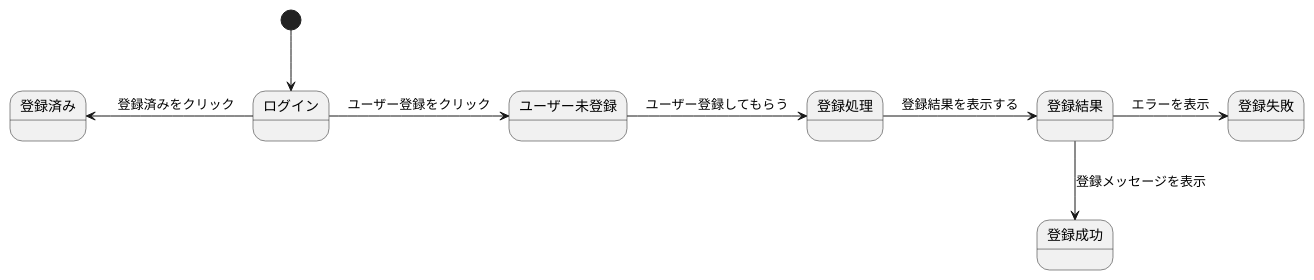
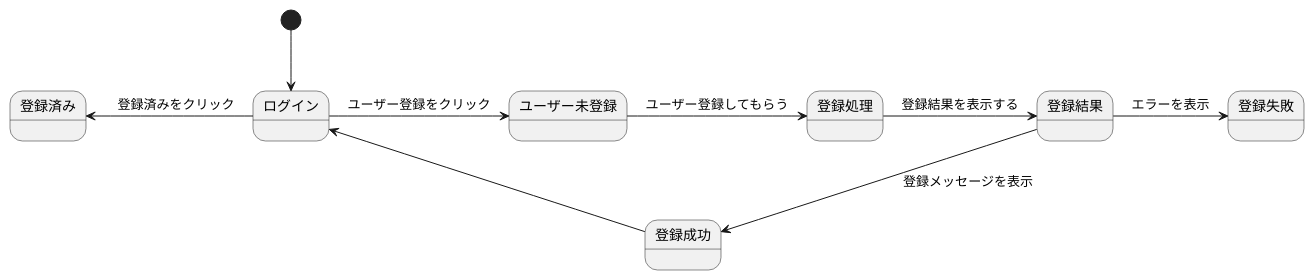
The diagram in b.md (Aso2001196/2021sys-design), drawn with PlantUML before and after one commit.

````diff
--- a/b.md
+++ b/b.md
@@ -1,11 +1,12 @@
 ```uml
 @startuml
 [*]-->ログイン
 ログイン-> ユーザー未登録 : ユーザー登録をクリック
 ログイン-left-> 登録済み :　登録済みをクリック
 ユーザー未登録-> 登録処理 : ユーザー登録してもらう
 登録処理-> 登録結果 : 登録結果を表示する
 登録結果-down-> 登録成功 : 登録メッセージを表示 
 登録結果-> 登録失敗 : エラーを表示
+登録成功-> ログイン
 @enduml
 ```
````
